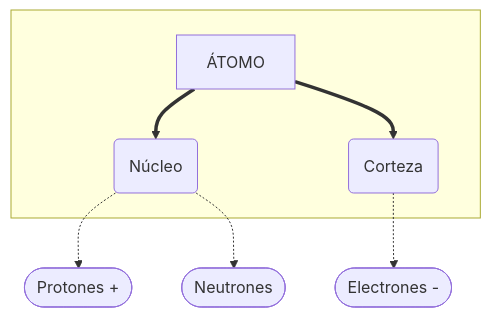
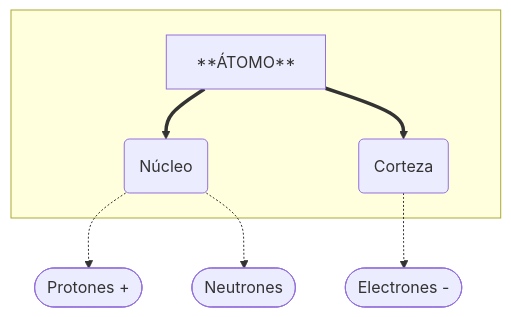
Before and after one commit to citius70/electricidad-tecnologia-1eso: the diagram in docs/A. Teoría/2_atomo.md, drawn with Mermaid. The commit also changed 22 other files, not shown here.

````diff
--- a/docs/A. Teoría/2_atomo.md
+++ b/docs/A. Teoría/2_atomo.md
@@ -35,16 +35,16 @@
 ```mermaid
     flowchart TB
-        A[ÁTOMO]
+        A[**ÁTOMO**]
         B(Núcleo)
         C(Corteza)
         D([Protones +])
         F([Neutrones])
         G([Electrones -])
         subgraph ide1 [ ]
         A ==> B
         A ==> C
         end
         B -.-> D
         B -.-> F
         C -.-> G
 ```
````
